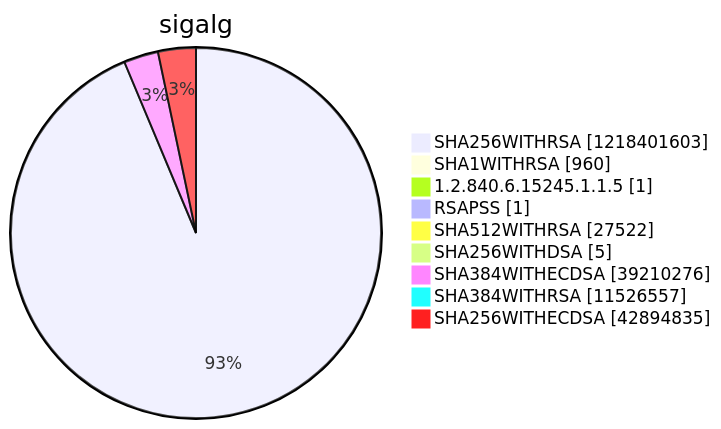
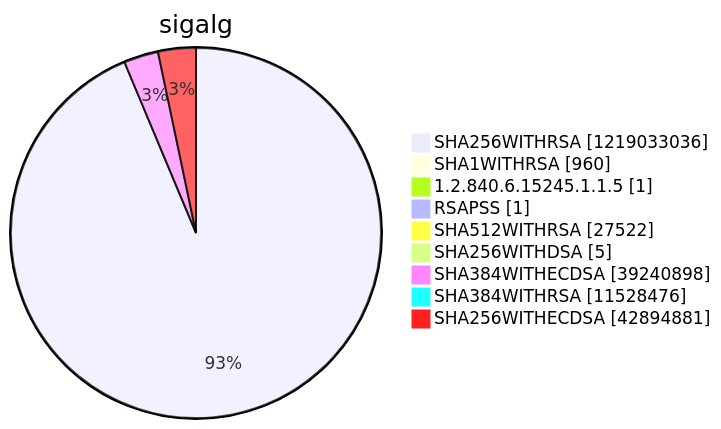
Before and after one commit to christiankrug/ctmonitor_visualization: diagram 15 of 15 in argon2022/README.md, drawn with Mermaid. The commit also changed other lines of this file, not shown here.

````diff
--- a/argon2022/README.md
+++ b/argon2022/README.md
@@ -5521,13 +5521,13 @@
 ```mermaid
 pie showData
 title sigalg
-"SHA256WITHRSA" :1218401603
+"SHA256WITHRSA" :1219033036
 "SHA1WITHRSA" :960
 "1.2.840.6.15245.1.1.5" :1
 "RSAPSS" :1
 "SHA512WITHRSA" :27522
 "SHA256WITHDSA" :5
-"SHA384WITHECDSA" :39210276
-"SHA384WITHRSA" :11526557
-"SHA256WITHECDSA" :42894835
+"SHA384WITHECDSA" :39240898
+"SHA384WITHRSA" :11528476
+"SHA256WITHECDSA" :42894881
 ```
````
